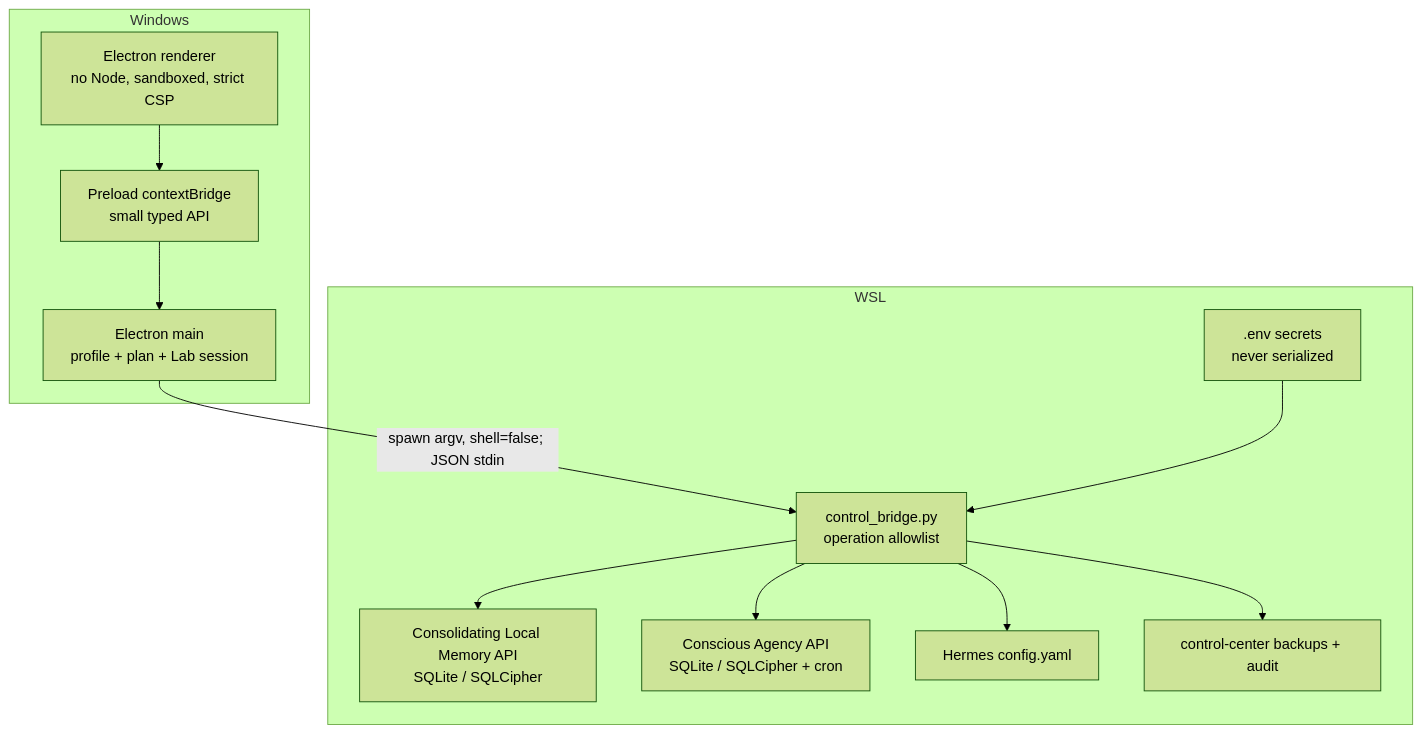
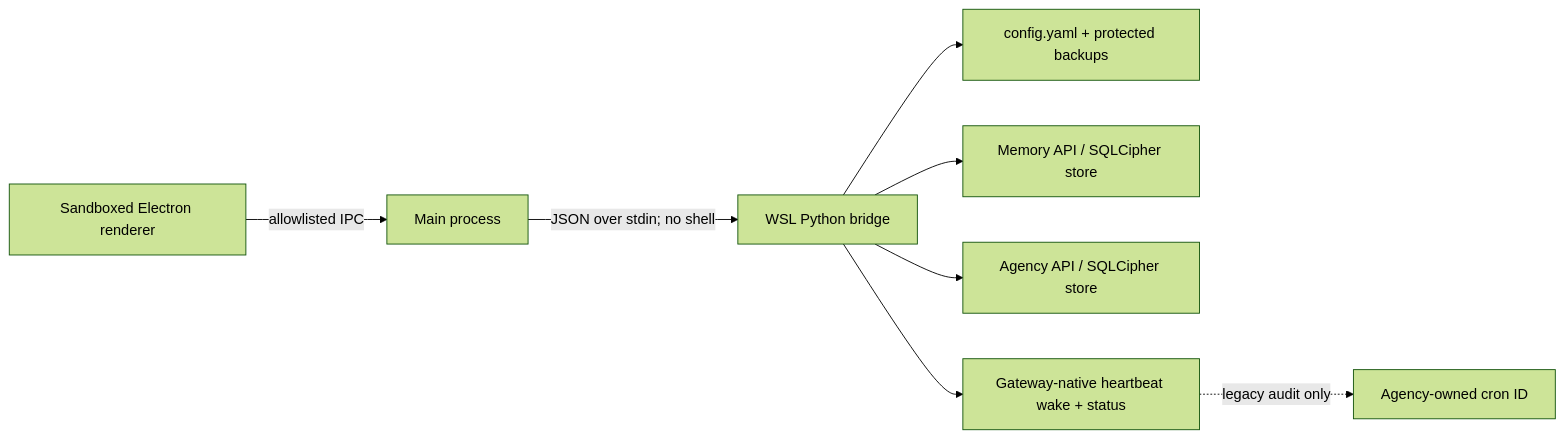
One commit to b7216309-jpg/hermes-memory-control changed the diagram in README.md. Above: the diagram before and after it, drawn with Mermaid (forest theme). The commit also changed other lines of this file and 11 other files, not shown here.

Commit message:
Add native heartbeat controls

````diff
--- a/README.md
+++ b/README.md
@@ -262,23 +57,10 @@
 ```mermaid
-flowchart TB
-    subgraph Windows
-      R["Electron renderer\nno Node, sandboxed, strict CSP"]
-      P["Preload contextBridge\nsmall typed API"]
-      M["Electron main\nprofile + plan + Lab session"]
-    end
-    subgraph WSL
-      B["control_bridge.py\noperation allowlist"]
-      MEM["Consolidating Local Memory API\nSQLite / SQLCipher"]
-      AG["Conscious Agency API\nSQLite / SQLCipher + cron"]
-      C["Hermes config.yaml"]
-      E[".env secrets\nnever serialized"]
-      L["control-center backups + audit"]
-    end
-    R --> P --> M
-    M -->|spawn argv, shell=false; JSON stdin| B
-    E --> B
-    B --> MEM
-    B --> AG
-    B --> C
-    B --> L
+flowchart LR
+    UI["Sandboxed Electron renderer"] -->|"allowlisted IPC"| M["Main process"]
+    M -->|"JSON over stdin; no shell"| B["WSL Python bridge"]
+    B --> C["config.yaml + protected backups"]
+    B --> MEM["Memory API / SQLCipher store"]
+    B --> AG["Agency API / SQLCipher store"]
+    B --> HB["Gateway-native heartbeat wake + status"]
+    HB -. "legacy audit only" .-> CR["Agency-owned cron ID"]
 ```
````
